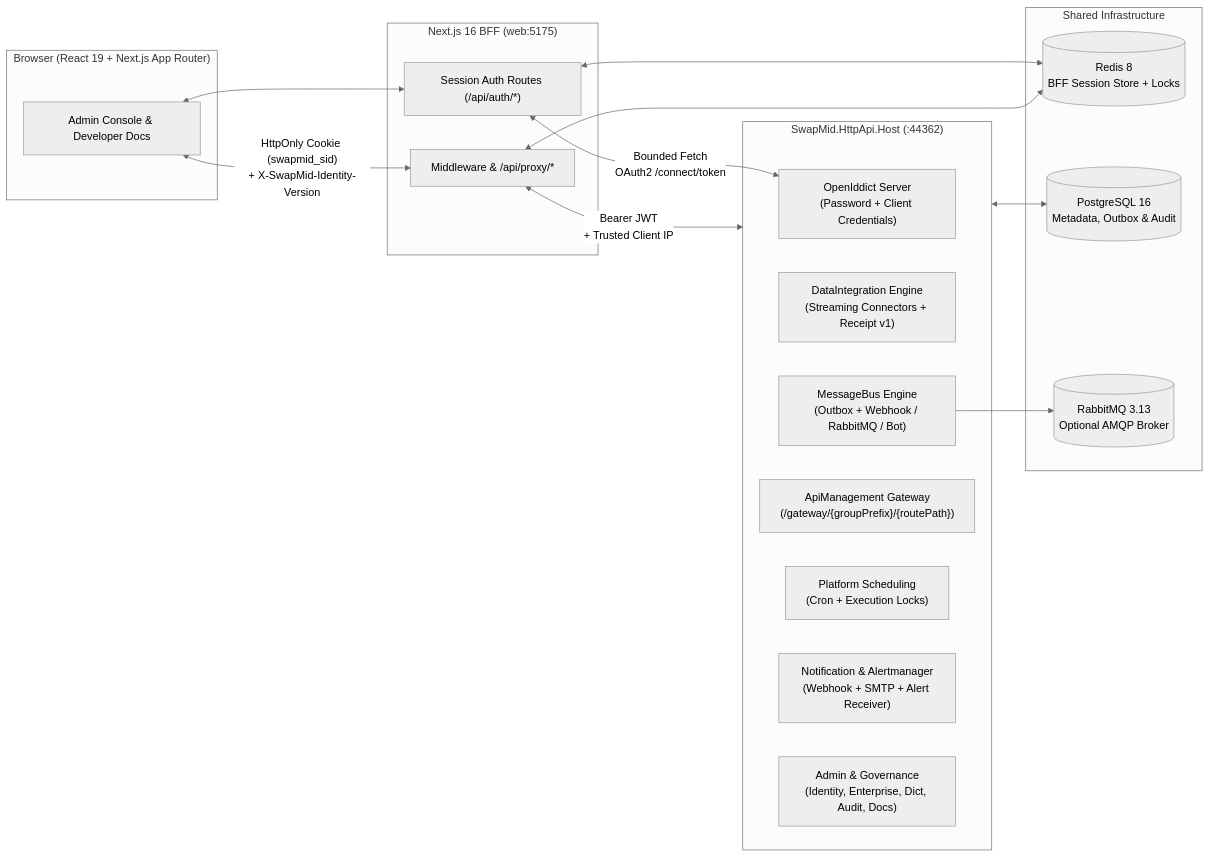
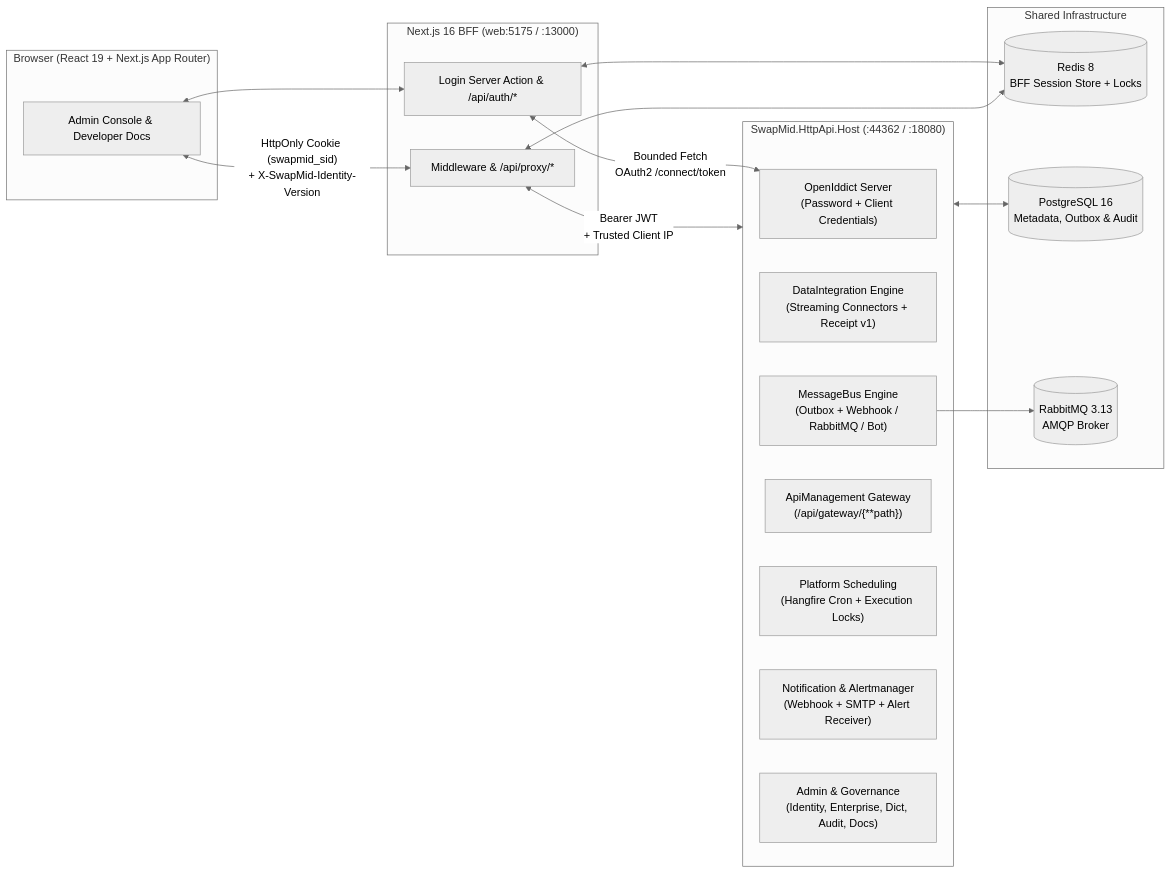
Before and after one commit to q871958549/SwapMid: the first of 2 diagrams in docs/architecture.md, drawn with Mermaid (neutral theme). The commit also changed other lines of this file and 84 other files, not shown here.

````diff
--- a/docs/architecture.md
+++ b/docs/architecture.md
@@ -9,36 +9,36 @@
 ```mermaid
 flowchart LR
   subgraph Browser["Browser (React 19 + Next.js App Router)"]
     UI["Admin Console & Developer Docs"]
   end
 
-  subgraph Web["Next.js 16 BFF (web:5175)"]
+  subgraph Web["Next.js 16 BFF (web:5175 / :13000)"]
     Proxy["Middleware & /api/proxy/*"]
-    Auth["Session Auth Routes (/api/auth/*)"]
+    Auth["Login Server Action & /api/auth/*"]
   end
 
   subgraph Infra["Shared Infrastructure"]
     Redis[("Redis 8\nBFF Session Store + Locks")]
     PG[("PostgreSQL 16\nMetadata, Outbox & Audit")]
-    RMQ[("RabbitMQ 3.13\nOptional AMQP Broker")]
+    RMQ[("RabbitMQ 3.13\nAMQP Broker")]
   end
 
-  subgraph Host["SwapMid.HttpApi.Host (:44362)"]
+  subgraph Host["SwapMid.HttpApi.Host (:44362 / :18080)"]
     OIDC["OpenIddict Server\n(Password + Client Credentials)"]
     DI["DataIntegration Engine\n(Streaming Connectors + Receipt v1)"]
     MB["MessageBus Engine\n(Outbox + Webhook / RabbitMQ / Bot)"]
-    GW["ApiManagement Gateway\n(/gateway/{groupPrefix}/{routePath})"]
-    SCH["Platform Scheduling\n(Cron + Execution Locks)"]
+    GW["ApiManagement Gateway\n(/api/gateway/{**path})"]
+    SCH["Platform Scheduling\n(Hangfire Cron + Execution Locks)"]
     NTF["Notification & Alertmanager\n(Webhook + SMTP + Alert Receiver)"]
     ADM["Admin & Governance\n(Identity, Enterprise, Dict, Audit, Docs)"]
   end
 
   UI <-->|"HttpOnly Cookie (swapmid_sid)\n+ X-SwapMid-Identity-Version"| Proxy
   UI <--> Auth
   Auth <--> Redis
   Proxy <--> Redis
   Auth <-->|"Bounded Fetch\nOAuth2 /connect/token"| OIDC
   Proxy <-->|"Bearer JWT\n+ Trusted Client IP"| Host
   Host <--> PG
   MB --> RMQ
 ```
````
